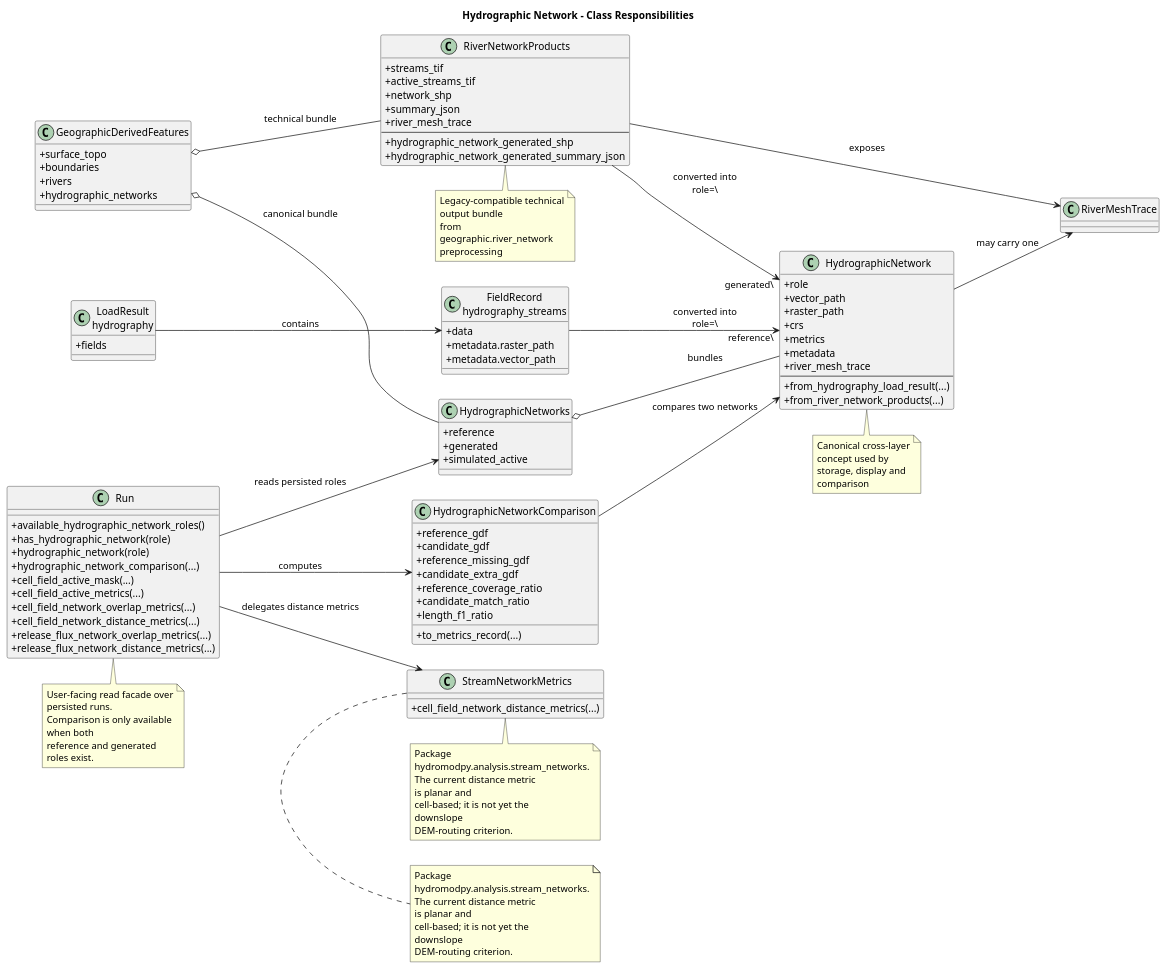
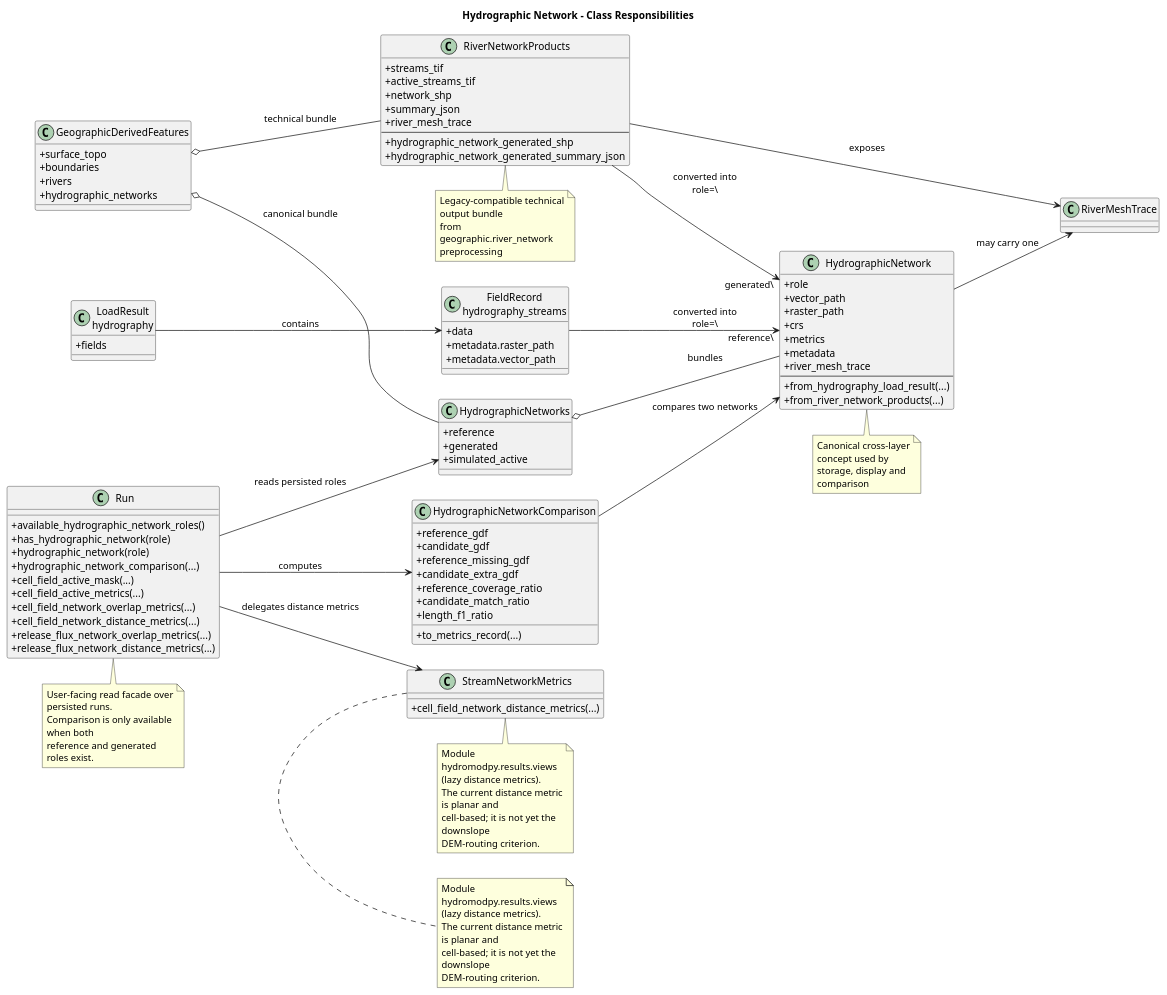
The diagram in docs/source/architecture/spatial_support/diagrams/hydrographic_network_class_map.wsd (HydroModPy/HydroModPy), drawn with PlantUML before and after one commit. The commit also changed 10 other files, not shown here.

Commit message:
docs(architecture): align package references with post-refactor module paths

```diff
--- a/docs/source/architecture/spatial_support/diagrams/hydrographic_network_class_map.wsd
+++ b/docs/source/architecture/spatial_support/diagrams/hydrographic_network_class_map.wsd
@@ -1,126 +1,126 @@
 @startuml
 title Hydrographic Network - Class Responsibilities
 left to right direction
 skinparam classAttributeIconSize 0
 skinparam wrapWidth 180
 
 class "LoadResult\nhydrography" as HydrographyLoadResult {
   +fields
 }
 
 class "FieldRecord\nhydrography_streams" as HydrographyFieldRecord {
   +data
   +metadata.raster_path
   +metadata.vector_path
 }
 
 class RiverNetworkProducts {
   +streams_tif
   +active_streams_tif
   +network_shp
   +summary_json
   +river_mesh_trace
   --
   +hydrographic_network_generated_shp
   +hydrographic_network_generated_summary_json
 }
 
 class RiverMeshTrace
 
 class HydrographicNetwork {
   +role
   +vector_path
   +raster_path
   +crs
   +metrics
   +metadata
   +river_mesh_trace
   --
   +from_hydrography_load_result(...)
   +from_river_network_products(...)
 }
 
 class HydrographicNetworks {
   +reference
   +generated
   +simulated_active
 }
 
 class HydrographicNetworkComparison {
   +reference_gdf
   +candidate_gdf
   +reference_missing_gdf
   +candidate_extra_gdf
   +reference_coverage_ratio
   +candidate_match_ratio
   +length_f1_ratio
   +to_metrics_record(...)
 }
 
 class StreamNetworkMetrics {
   +cell_field_network_distance_metrics(...)
 }
 
 class GeographicDerivedFeatures {
   +surface_topo
   +boundaries
   +rivers
   +hydrographic_networks
 }
 
 class Run {
   +available_hydrographic_network_roles()
   +has_hydrographic_network(role)
   +hydrographic_network(role)
   +hydrographic_network_comparison(...)
   +cell_field_active_mask(...)
   +cell_field_active_metrics(...)
   +cell_field_network_overlap_metrics(...)
   +cell_field_network_distance_metrics(...)
   +release_flux_network_overlap_metrics(...)
   +release_flux_network_distance_metrics(...)
 }
 
 HydrographyLoadResult --> HydrographyFieldRecord : contains
 HydrographyFieldRecord --> HydrographicNetwork : converted into\nrole=\"reference\"
 RiverNetworkProducts --> HydrographicNetwork : converted into\nrole=\"generated\"
 RiverNetworkProducts --> RiverMeshTrace : exposes
 HydrographicNetwork --> RiverMeshTrace : may carry one
 HydrographicNetworks o-- HydrographicNetwork : bundles
 GeographicDerivedFeatures o-- RiverNetworkProducts : technical bundle
 GeographicDerivedFeatures o-- HydrographicNetworks : canonical bundle
 Run --> HydrographicNetworks : reads persisted roles
 Run --> HydrographicNetworkComparison : computes
 Run --> StreamNetworkMetrics : delegates distance metrics
 HydrographicNetworkComparison --> HydrographicNetwork : compares two networks
 
 note bottom of RiverNetworkProducts
 Legacy-compatible technical output bundle
 from geographic.river_network preprocessing
 end note
 
 note bottom of HydrographicNetwork
 Canonical cross-layer concept used by
 storage, display and comparison
 end note
 
 note bottom of Run
 User-facing read facade over persisted runs.
 Comparison is only available when both
 reference and generated roles exist.
 end note
 
 note bottom of StreamNetworkMetrics
-Package hydromodpy.analysis.stream_networks.
+Module hydromodpy.results.views (lazy distance metrics).
 The current distance metric is planar and
 cell-based; it is not yet the downslope
 DEM-routing criterion.
 end note
 
 note bottom of StreamNetworkMetrics
-Package hydromodpy.analysis.stream_networks.
+Module hydromodpy.results.views (lazy distance metrics).
 The current distance metric is planar and
 cell-based; it is not yet the downslope
 DEM-routing criterion.
 end note
 @enduml
```
